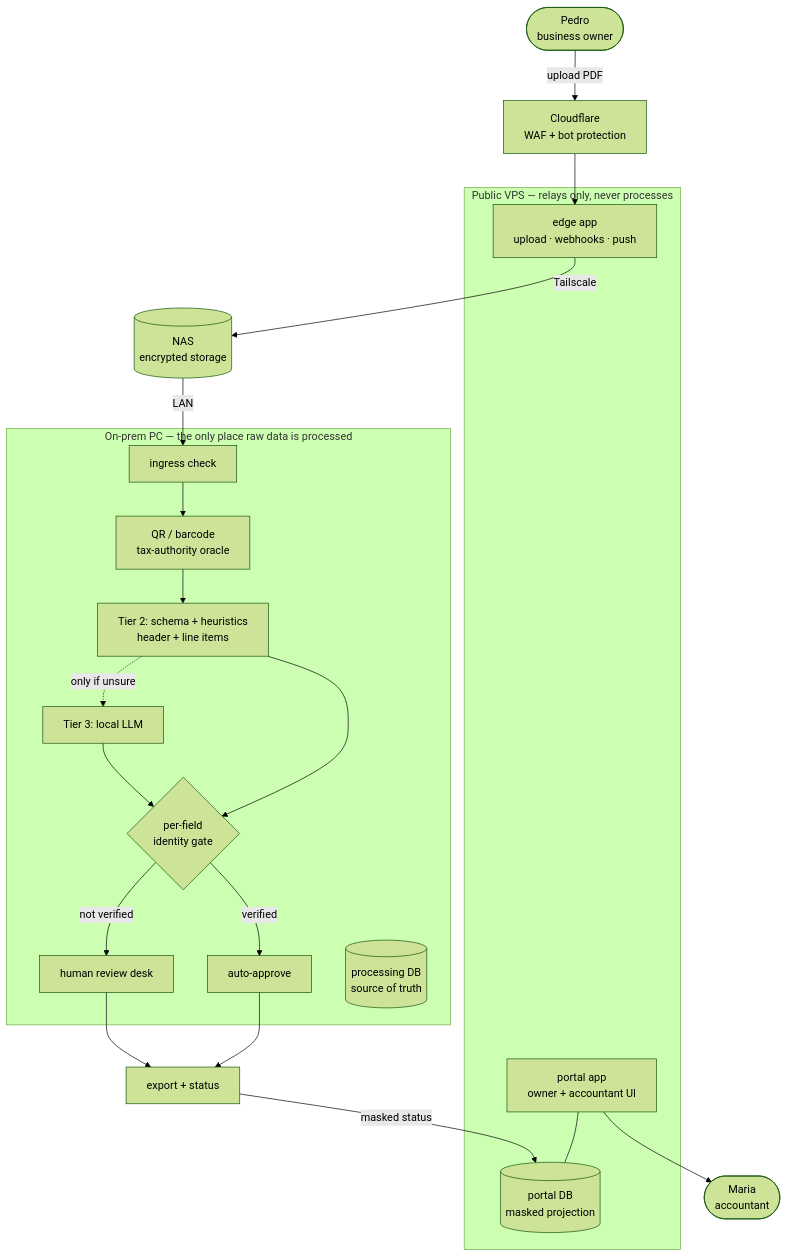
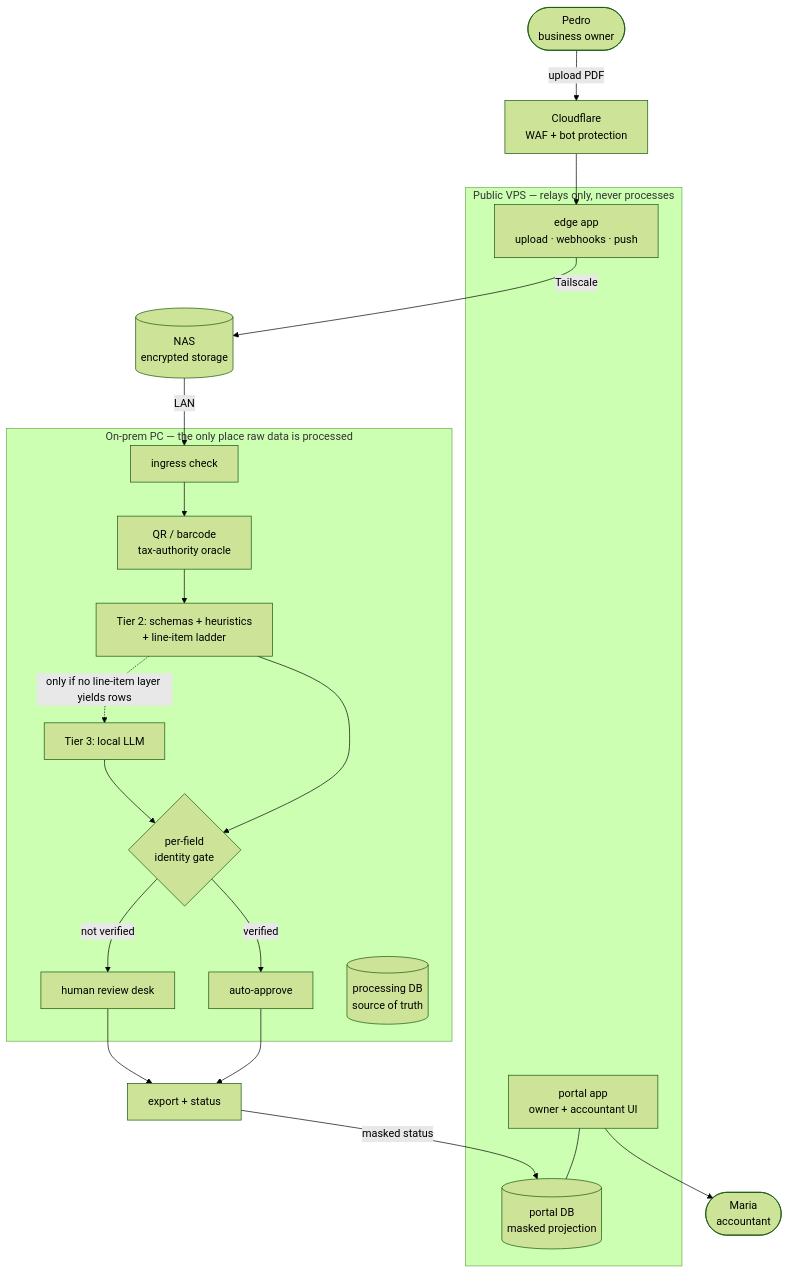
The diagram in docs/en/00-at-a-glance.md (krisztianpettner/datainsight-case-study), drawn with Mermaid (forest theme) before and after one commit. The commit also changed other lines of this file and 74 other files, not shown here.

````diff
--- a/docs/en/00-at-a-glance.md
+++ b/docs/en/00-at-a-glance.md
@@ -7,31 +7,31 @@
 ```mermaid
 flowchart TB
     P([Pedro<br/>business owner]) -->|upload PDF| CF[Cloudflare<br/>WAF + bot protection]
     CF --> EDGE
 
     subgraph VPS["Public VPS — relays only, never processes"]
         EDGE[edge app<br/>upload · webhooks · push]
         PORTAL[portal app<br/>owner + accountant UI]
         PDB[(portal DB<br/>masked projection)]
         PORTAL --- PDB
     end
 
     EDGE -->|Tailscale| NAS[(NAS<br/>encrypted storage)]
     NAS -->|LAN| PIPE
 
     subgraph PC["On-prem PC — the only place raw data is processed"]
         PIPE[ingress check] --> QR[QR / barcode<br/>tax-authority oracle]
-        QR --> T2[Tier 2: schema + heuristics<br/>header + line items]
-        T2 -.only if unsure.-> T3[Tier 3: local LLM]
+        QR --> T2[Tier 2: schemas + heuristics<br/>+ line-item ladder]
+        T2 -.only if no line-item layer yields rows.-> T3[Tier 3: local LLM]
         T2 --> GATE{per-field<br/>identity gate}
         T3 --> GATE
         GATE -->|verified| AUTO[auto-approve]
         GATE -->|not verified| DESK[human review desk]
         SOT[(processing DB<br/>source of truth)]
     end
 
     AUTO --> EXP[export + status]
     DESK --> EXP
     EXP -->|masked status| PDB
     PORTAL --> M([Maria<br/>accountant])
 ```
````
